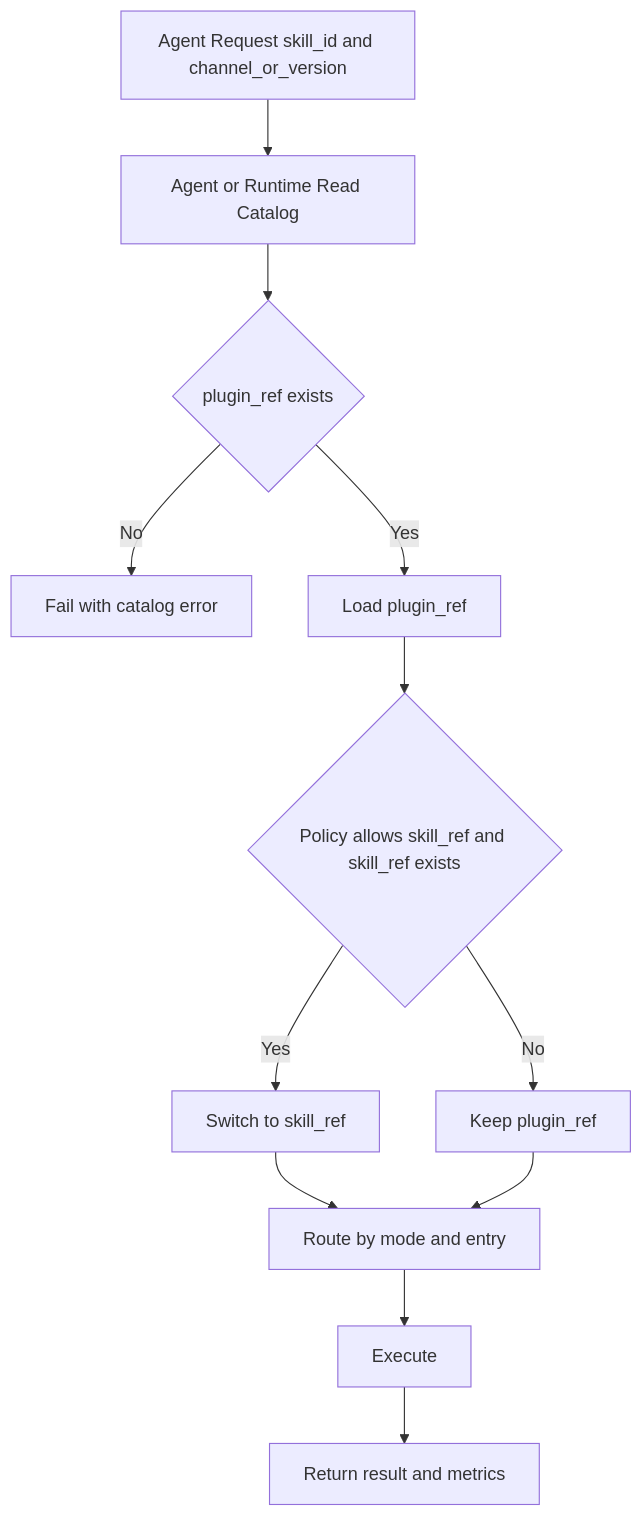
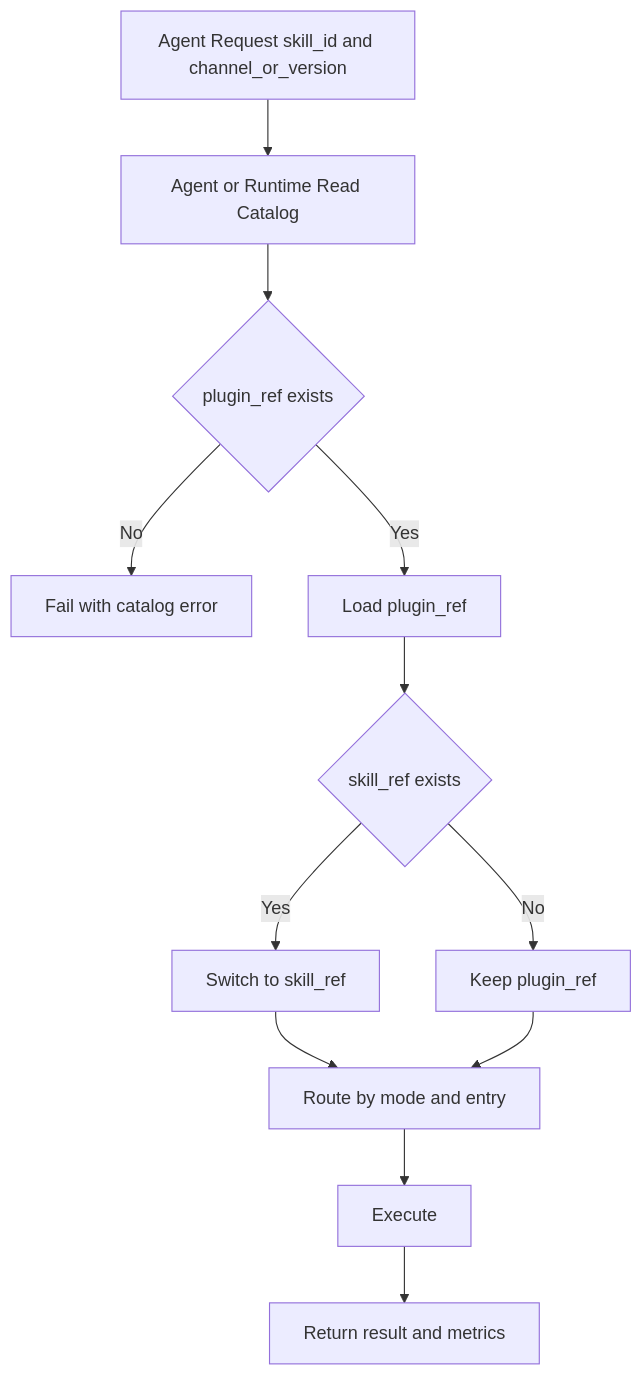
One commit to devbolin/skills changed the diagram in docs/phase1/AGENT_CONSUMPTION.md. Above: the diagram before and after it, drawn with Mermaid. The commit also changed other lines of this file and 8 other files, not shown here.

First line of the commit message:
docs: fix architecture review findings (13 issues)

````diff
--- a/docs/phase1/AGENT_CONSUMPTION.md
+++ b/docs/phase1/AGENT_CONSUMPTION.md
@@ -20,14 +20,14 @@
 ```mermaid
 flowchart TD
   A[Agent Request skill_id and channel_or_version] --> B[Agent or Runtime Read Catalog]
   B --> C{plugin_ref exists}
   C -- No --> X[Fail with catalog error]
   C -- Yes --> D[Load plugin_ref]
-  D --> E{Policy allows skill_ref and skill_ref exists}
+  D --> E{skill_ref exists}
   E -- Yes --> F[Switch to skill_ref]
   E -- No --> G[Keep plugin_ref]
   F --> H[Route by mode and entry]
   G --> H
   H --> I[Execute]
   I --> J[Return result and metrics]
 ```
````
